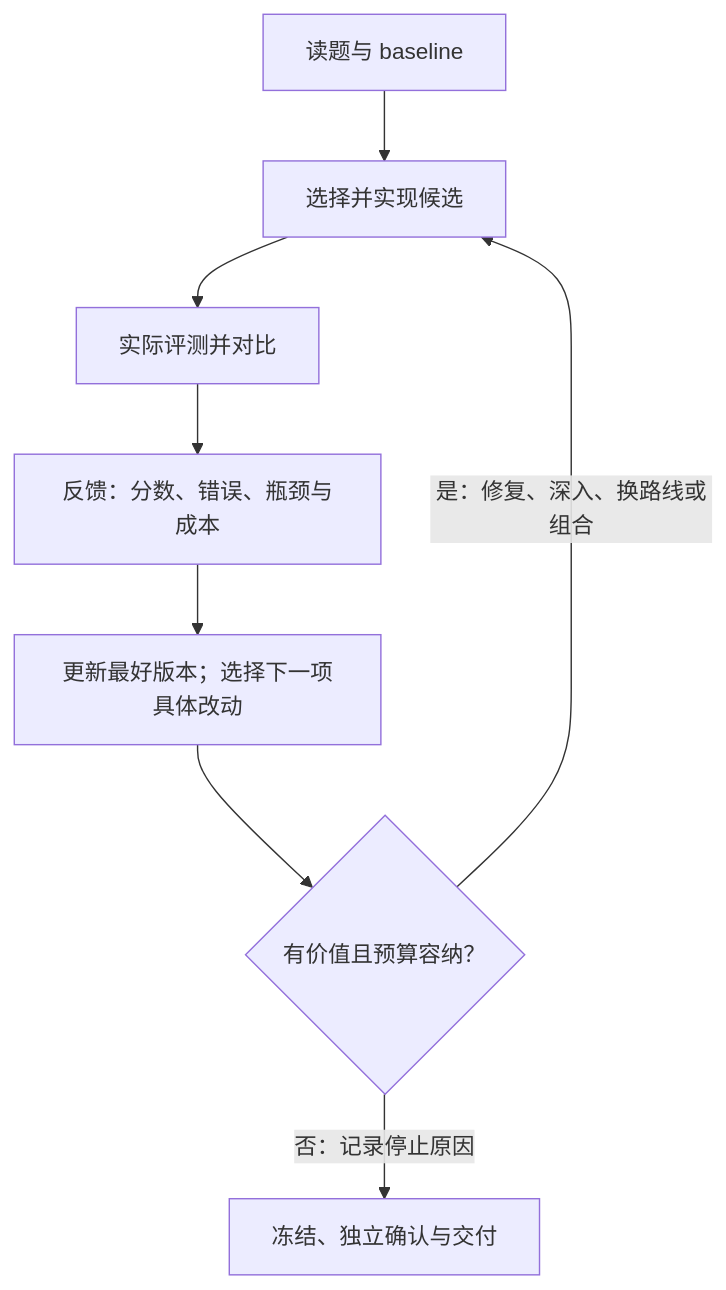
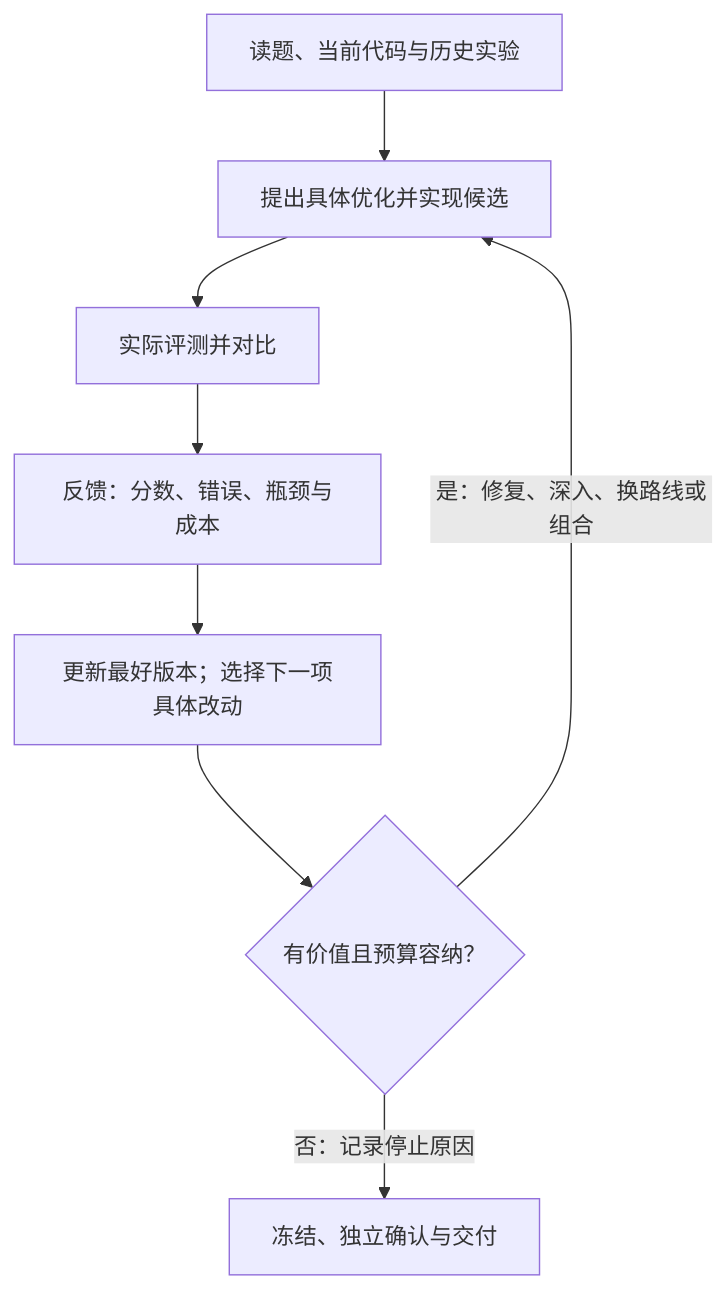
Before and after one commit to LikC1606/competition-agent-skill: the diagram in README.md, drawn with Mermaid. The commit also changed other lines of this file and 7 other files, not shown here.

````diff
--- a/README.md
+++ b/README.md
@@ -28,10 +28,10 @@
 ```mermaid
 flowchart TD
-    A[读题与 baseline] --> B[选择并实现候选]
+    A[读题、当前代码与历史实验] --> B[提出具体优化并实现候选]
     B --> C[实际评测并对比]
     C --> D[反馈：分数、错误、瓶颈与成本]
     D --> E[更新最好版本；选择下一项具体改动]
     E --> F{有价值且预算容纳？}
     F -->|是：修复、深入、换路线或组合| B
     F -->|否：记录停止原因| G[冻结、独立确认与交付]
 ```
````
